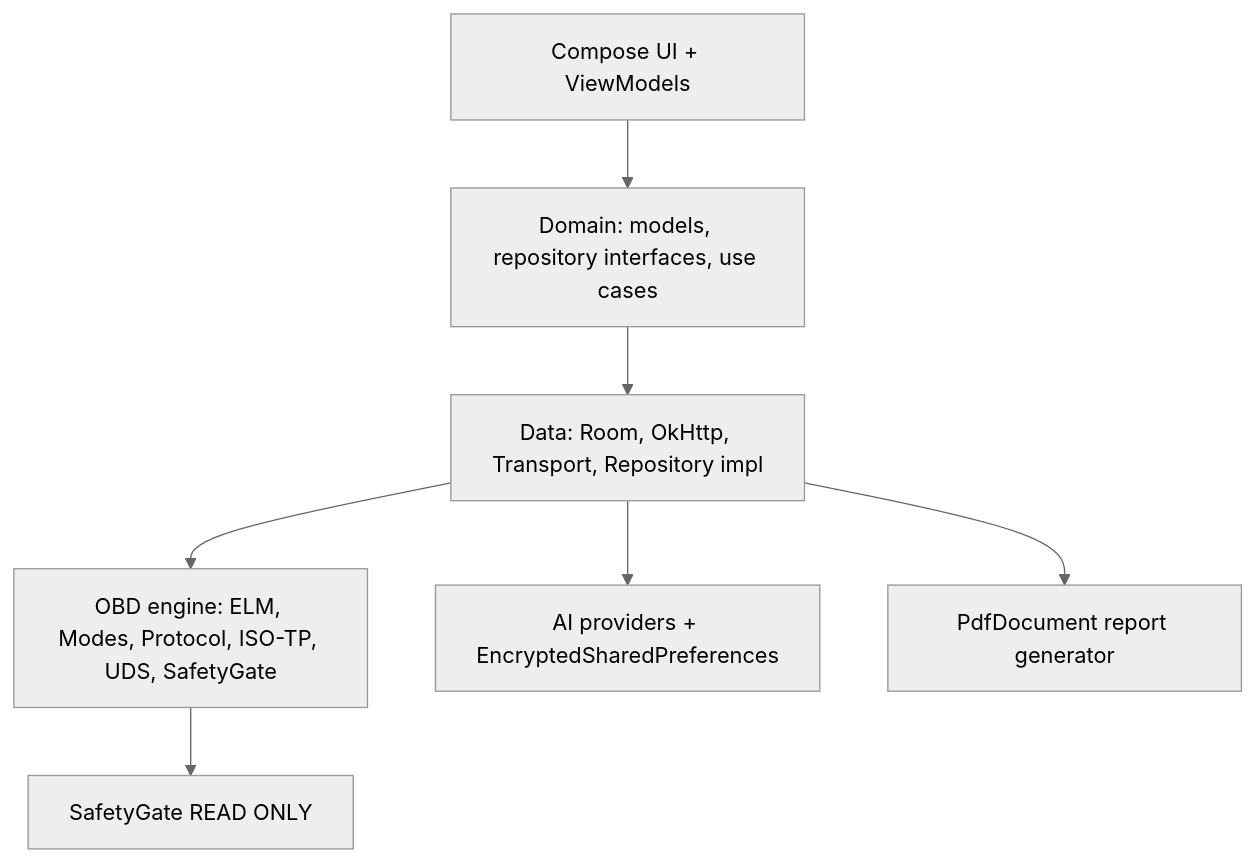
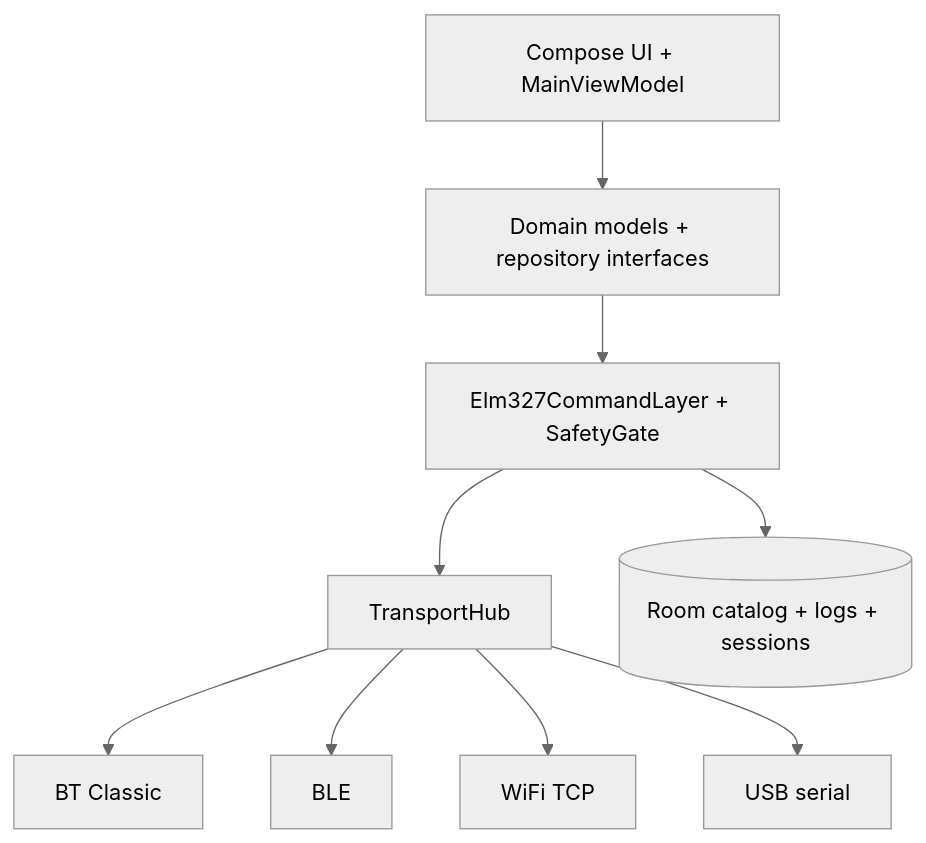
The first of 2 diagrams in docs/ARCHITECTURE.md (zsirafmix/elm327), drawn with Mermaid (neutral theme) before and after one commit. The commit also changed other lines of this file and 6 other files, not shown here.

First line of the commit message:
docs: document real adapter connect flow; drop mock-as-default

````diff
--- a/docs/ARCHITECTURE.md
+++ b/docs/ARCHITECTURE.md
@@ -7,16 +5,18 @@
 ```mermaid
 flowchart TB
-  UI[Compose UI + ViewModels]
-  DOM[Domain: models, repository interfaces, use cases]
-  DATA[Data: Room, OkHttp, Transport, Repository impl]
-  OBD[OBD engine: ELM, Modes, Protocol, ISO-TP, UDS, SafetyGate]
-  AI[AI providers + EncryptedSharedPreferences]
-  PDF[PdfDocument report generator]
+  UI[Compose UI + MainViewModel]
+  DOM[Domain models + repository interfaces]
+  HUB[TransportHub]
+  T1[BT Classic]
+  T2[BLE]
+  T3[WiFi TCP]
+  T4[USB serial]
+  ELM[Elm327CommandLayer + SafetyGate]
+  ROOM[(Room catalog + logs + sessions)]
 
   UI --> DOM
-  DOM --> DATA
-  DATA --> OBD
-  DATA --> AI
-  DATA --> PDF
-  OBD --> Safety[SafetyGate READ ONLY]
+  DOM --> ELM
+  ELM --> HUB
+  HUB --> T1 & T2 & T3 & T4
+  ELM --> ROOM
 ```
````
